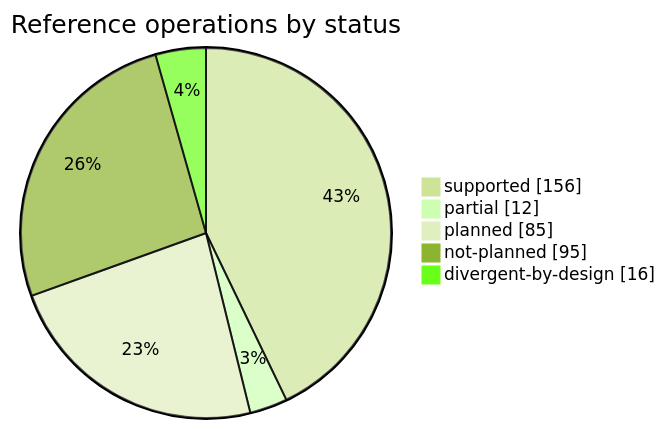
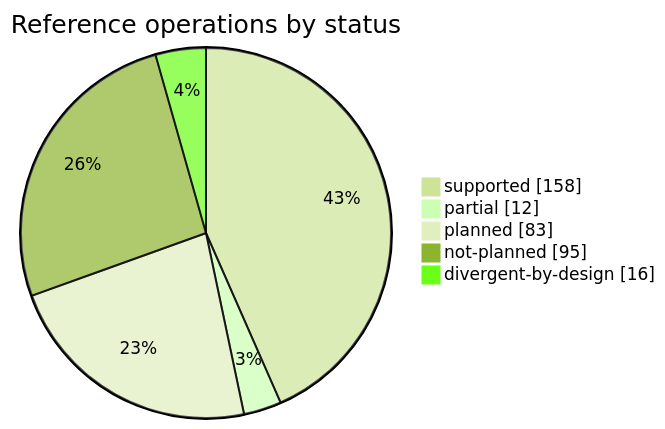
Before and after one commit to rafaelvieiras/tinyfin: the first of 2 diagrams in docs/COVERAGE.md, drawn with Mermaid (forest theme). The commit also changed other lines of this file and 7 other files, not shown here.

````diff
--- a/docs/COVERAGE.md
+++ b/docs/COVERAGE.md
@@ -32,8 +32,8 @@
 ```mermaid
 pie showData title Reference operations by status
-    "supported" : 156
+    "supported" : 158
     "partial" : 12
-    "planned" : 85
+    "planned" : 83
     "not-planned" : 95
     "divergent-by-design" : 16
 ```
````
